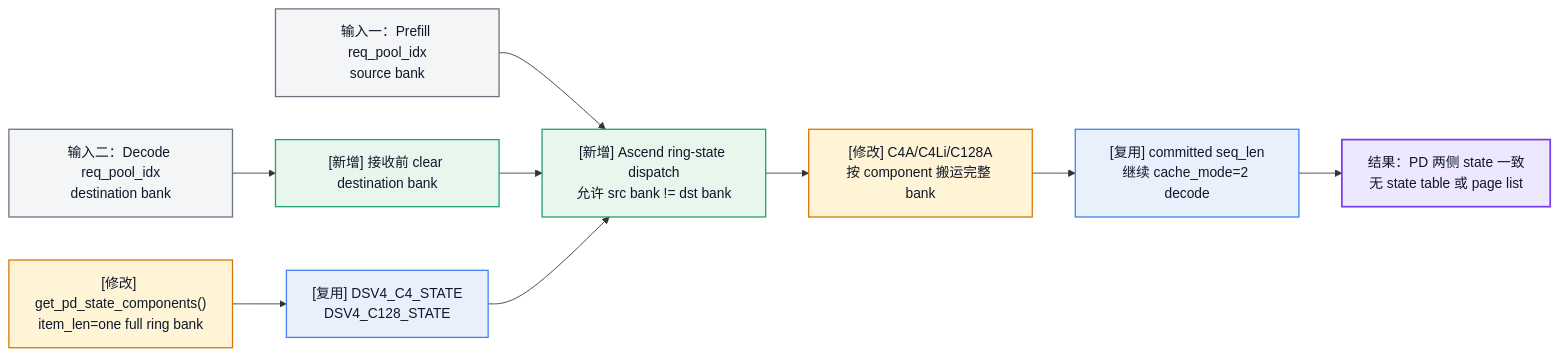
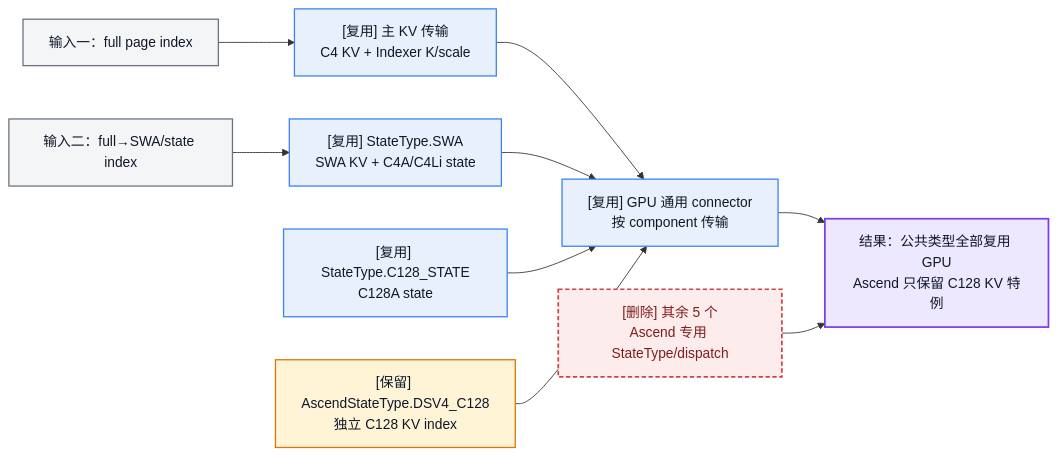
Diagram 17 of 19 in python/sglang/srt/hardware_backend/npu/dsv4/NPU_DSV4_CACHE_REFACTOR.md (Talantan1102/sglang), drawn with Mermaid before and after one commit. The commit also changed other lines of this file and 19 other files, not shown here.

Commit message:
refactor(npu): switch DSV4 compressor state to ring storage

````diff
--- a/python/sglang/srt/hardware_backend/npu/dsv4/NPU_DSV4_CACHE_REFACTOR.md
+++ b/python/sglang/srt/hardware_backend/npu/dsv4/NPU_DSV4_CACHE_REFACTOR.md
@@ -662,22 +695,24 @@
 ```mermaid
 flowchart LR
-    Prefill["输入一：Prefill req_pool_idx<br/>source bank"]:::neutral
-    Decode["输入二：Decode req_pool_idx<br/>destination bank"]:::neutral
-    Register["[修改] get_pd_state_components()<br/>item_len=one full ring bank"]:::changed
-    Components["[复用] DSV4_C4_STATE<br/>DSV4_C128_STATE"]:::reused
-    Remap["[新增] Ascend ring-state dispatch<br/>允许 src bank != dst bank"]:::added
-    Clear["[新增] 接收前 clear destination bank"]:::added
-    Transfer["[修改] C4A/C4Li/C128A<br/>按 component 搬运完整 bank"]:::changed
-    Resume["[复用] committed seq_len<br/>继续 cache_mode=2 decode"]:::reused
-    Result["结果：PD 两侧 state 一致<br/>无 state table 或 page list"]:::result
+    Full["输入一：full page index"]:::neutral
+    SWA["输入二：full→SWA/state index"]:::neutral
+    MainKV["[复用] 主 KV 传输<br/>C4 KV + Indexer K/scale"]:::reused
+    SharedSWA["[复用] StateType.SWA<br/>SWA KV + C4A/C4Li state"]:::reused
+    SharedC128State["[复用] StateType.C128_STATE<br/>C128A state"]:::reused
+    NPUC128["[保留] AscendStateType.DSV4_C128<br/>独立 C128 KV index"]:::changed
+    DeleteTypes["[删除] 其余 5 个<br/>Ascend 专用 StateType/dispatch"]:::deleted
+    Connector["[复用] GPU 通用 connector<br/>按 component 传输"]:::reused
+    Result["结果：公共类型全部复用 GPU<br/>Ascend 只保留 C128 KV 特例"]:::result
 
-    Prefill --> Remap
-    Decode --> Clear --> Remap
-    Register --> Components --> Remap --> Transfer --> Resume --> Result
+    Full --> MainKV --> Connector
+    SWA --> SharedSWA --> Connector
+    SharedC128State --> Connector
+    NPUC128 --> Connector --> Result
+    DeleteTypes --> Result
 
     classDef reused fill:#E8F1FB,stroke:#3B82F6,color:#0F172A,stroke-width:1.5px;
-    classDef added fill:#E8F7EE,stroke:#22A06B,color:#0F172A,stroke-width:1.5px;
     classDef changed fill:#FFF4D6,stroke:#D97706,color:#0F172A,stroke-width:1.5px;
+    classDef deleted fill:#FDECEC,stroke:#D14343,color:#7F1D1D,stroke-width:2px,stroke-dasharray:5 3;
     classDef neutral fill:#F4F5F7,stroke:#6B7280,color:#0F172A,stroke-width:1.5px;
     classDef result fill:#EEE8FF,stroke:#7C3AED,color:#0F172A,stroke-width:2px;
 ```
````
